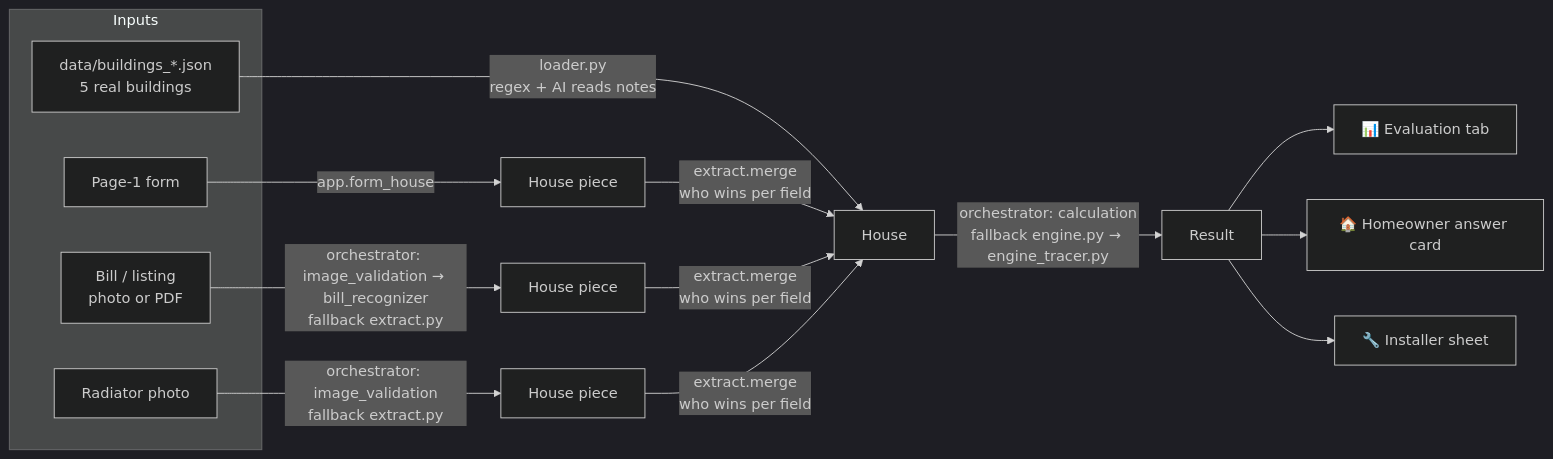
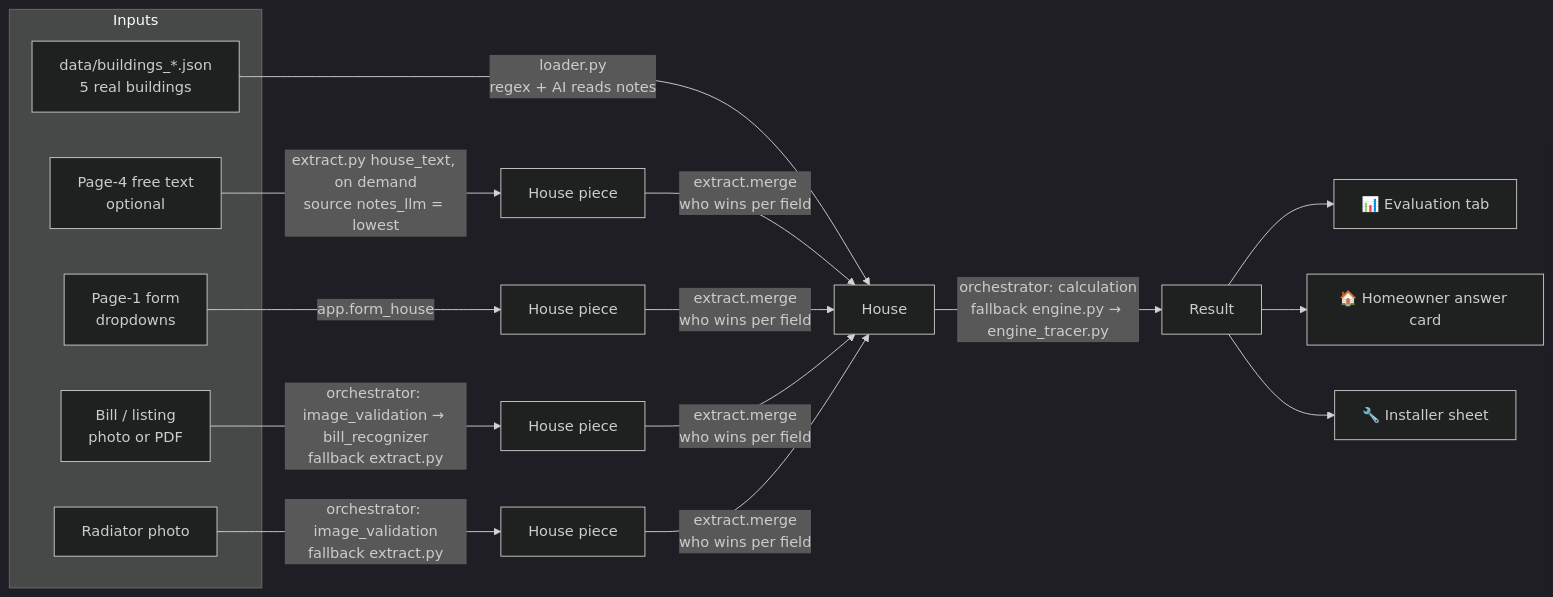
Before and after one commit to jackylee0503/hp-ready: the diagram in FLOW.md, drawn with Mermaid (dark theme). The commit also changed other lines of this file and 1 other file, not shown here.

First line of the commit message:
ui: wizard reordered after review — 1/4 dropdown facts, 2/4 radiator, 3/4 bill, 4/4 optional free text (LLM parser only on demand)

````diff
--- a/FLOW.md
+++ b/FLOW.md
@@ -10,18 +12,20 @@
 ```mermaid
 flowchart LR
     subgraph IN[Inputs]
       A[data/buildings_*.json<br/>5 real buildings]
-      B[Page-1 form]
+      B[Page-1 form<br/>dropdowns]
+      T[Page-4 free text<br/>optional]
       C[Bill / listing<br/>photo or PDF]
       D[Radiator photo]
     end
     A -->|loader.py<br/>regex + AI reads notes| H[House]
     B -->|app.form_house| H1[House piece]
+    T -->|extract.py house_text, on demand<br/>source notes_llm = lowest| H0[House piece]
     C -->|orchestrator: image_validation → bill_recognizer<br/>fallback extract.py| H2[House piece]
     D -->|orchestrator: image_validation<br/>fallback extract.py| H3[House piece]
-    H1 & H2 & H3 -->|extract.merge<br/>who wins per field| H
+    H0 & H1 & H2 & H3 -->|extract.merge<br/>who wins per field| H
     H -->|orchestrator: calculation<br/>fallback engine.py → engine_tracer.py| R[Result]
     R --> E[📊 Evaluation tab]
     R --> HO[🏠 Homeowner answer card]
     R --> I[🔧 Installer sheet]
 ```
````
